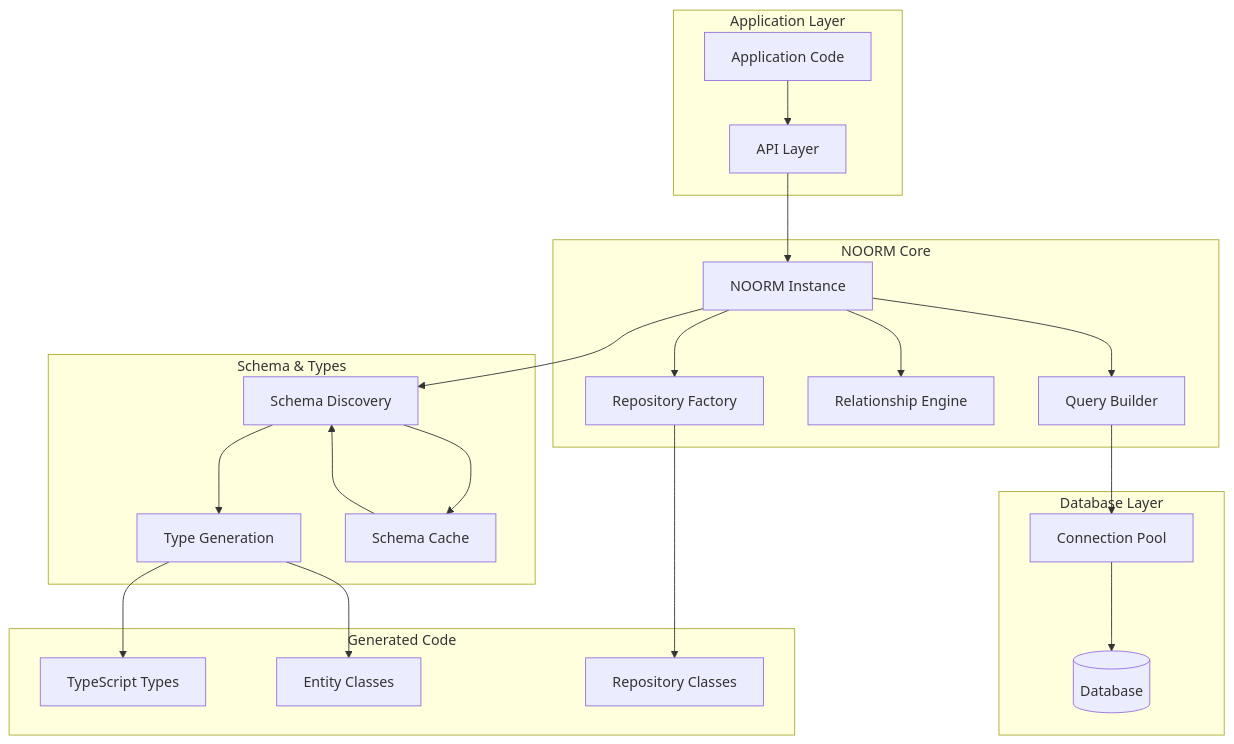
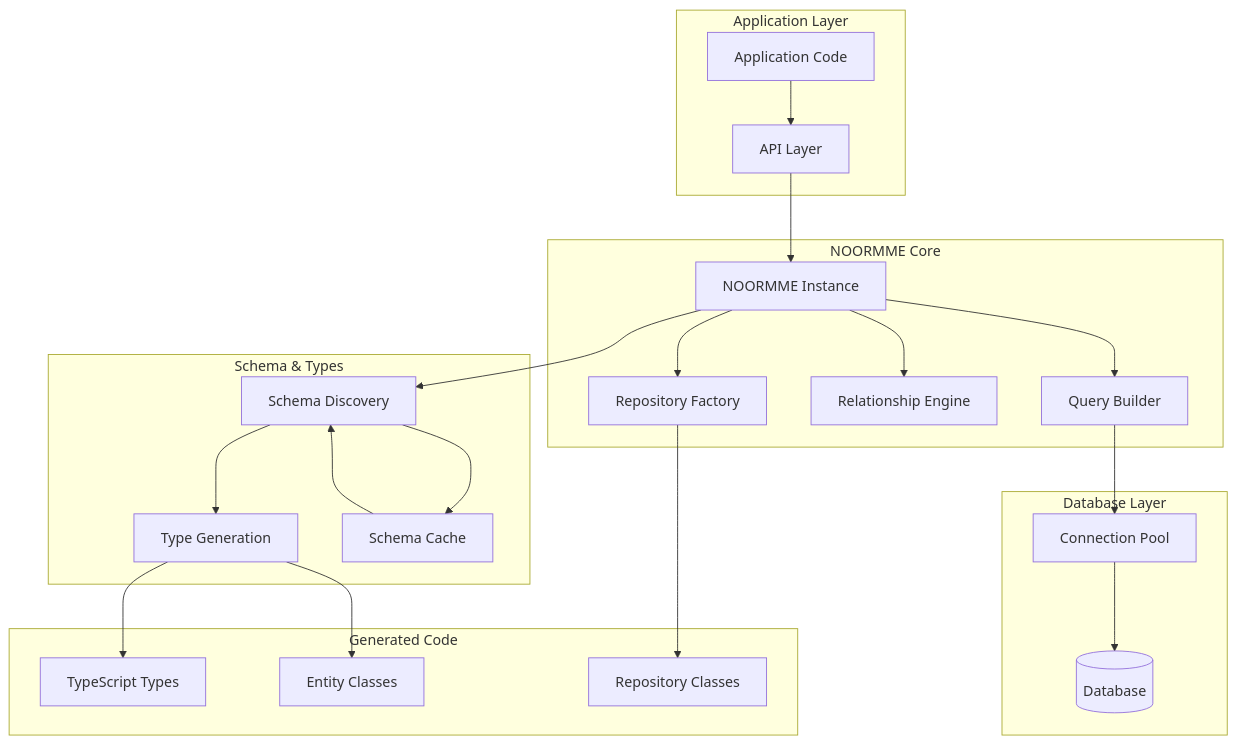
The first of 12 diagrams in architecture-proposal/ARCHITECTURE_DIAGRAM.md (CardSorting/DreamBeeSQL), drawn with Mermaid before and after one commit. The commit also changed other lines of this file and 16 other files, not shown here.

````diff
--- a/architecture-proposal/ARCHITECTURE_DIAGRAM.md
+++ b/architecture-proposal/ARCHITECTURE_DIAGRAM.md
@@ -5,46 +18,46 @@
 ```mermaid
 graph TB
     subgraph "Application Layer"
         APP[Application Code]
         API[API Layer]
     end
     
-    subgraph "NOORM Core"
-        NOORM[NOORM Instance]
+    subgraph "NOORMME Core"
+        NOORM[NOORMME Instance]
         REPO[Repository Factory]
         REL[Relationship Engine]
         QB[Query Builder]
     end
     
     subgraph "Schema & Types"
         SD[Schema Discovery]
         TG[Type Generation]
         CACHE[Schema Cache]
     end
     
     subgraph "Database Layer"
         DB[(Database)]
         POOL[Connection Pool]
     end
     
     subgraph "Generated Code"
         TYPES[TypeScript Types]
         ENTITIES[Entity Classes]
         REPOS[Repository Classes]
     end
     
     APP --> API
     API --> NOORM
     NOORM --> REPO
     NOORM --> REL
     NOORM --> QB
     NOORM --> SD
     SD --> TG
     TG --> TYPES
     TG --> ENTITIES
     REPO --> REPOS
     QB --> POOL
     POOL --> DB
     SD --> CACHE
     CACHE --> SD
 ```
````
